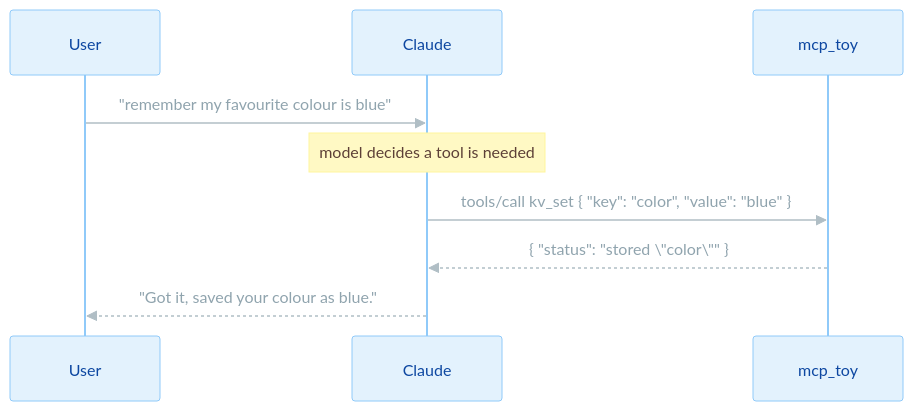
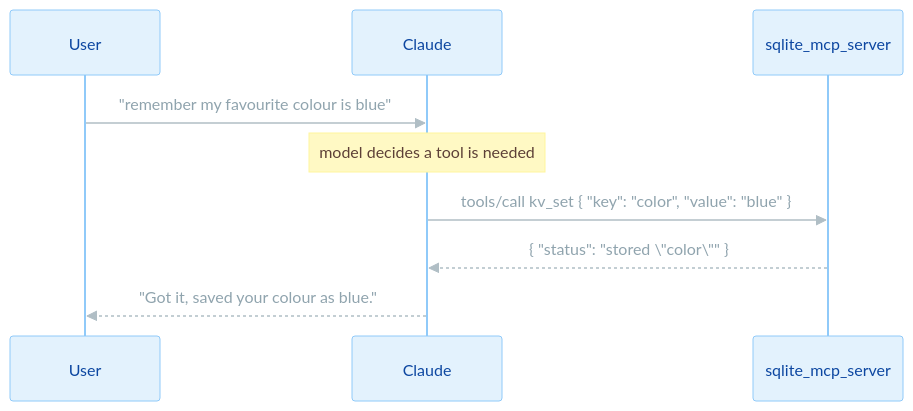
Before and after one commit to pixperk/sqlite_mcp_server: the second of 4 diagrams in README.md, drawn with Mermaid. The commit also changed other lines of this file, not shown here.

````diff
--- a/README.md
+++ b/README.md
@@ -129,13 +129,13 @@
 ```mermaid
 %%{init: {'theme':'base','themeVariables':{'actorBkg':'#E3F2FD','actorBorder':'#90CAF9','actorTextColor':'#0D47A1','signalColor':'#B0BEC5','signalTextColor':'#90A4AE','lineColor':'#B0BEC5','noteBkgColor':'#FFF9C4','noteBorderColor':'#FFF59D','noteTextColor':'#5D4037'}}}%%
 sequenceDiagram
     participant U as User
     participant C as Claude
-    participant S as mcp_toy
+    participant S as sqlite_mcp_server
 
     U->>C: "remember my favourite colour is blue"
     Note over C: model decides a tool is needed
     C->>S: tools/call kv_set { "key": "color", "value": "blue" }
     S-->>C: { "status": "stored \"color\"" }
     C-->>U: "Got it, saved your colour as blue."
 ```
````
